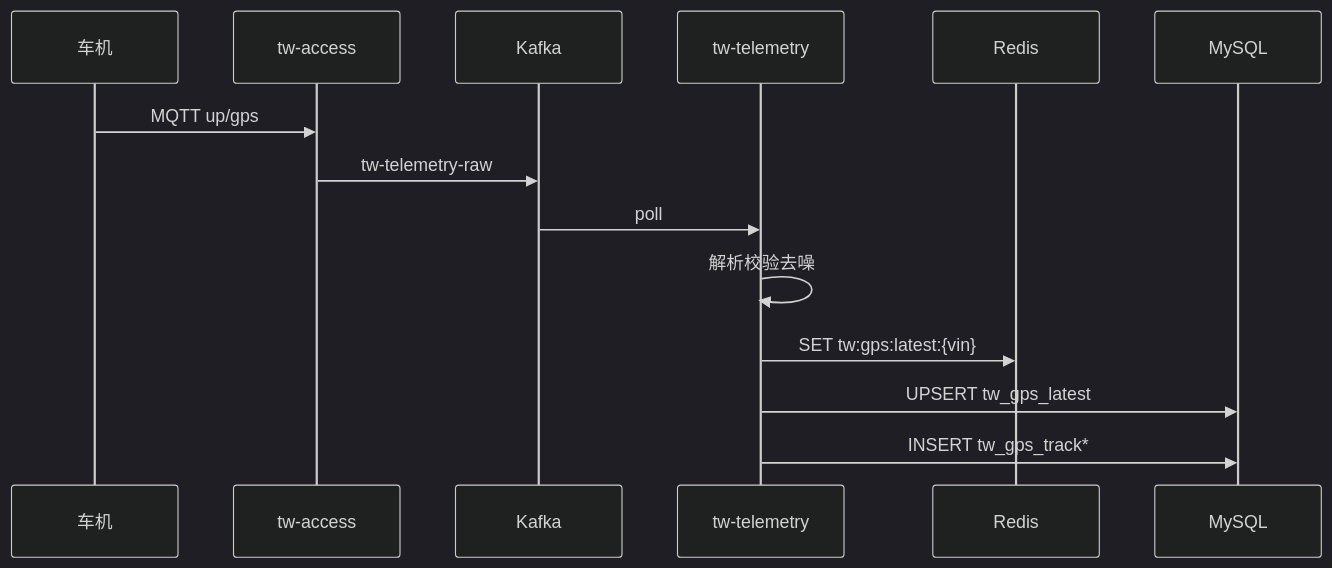
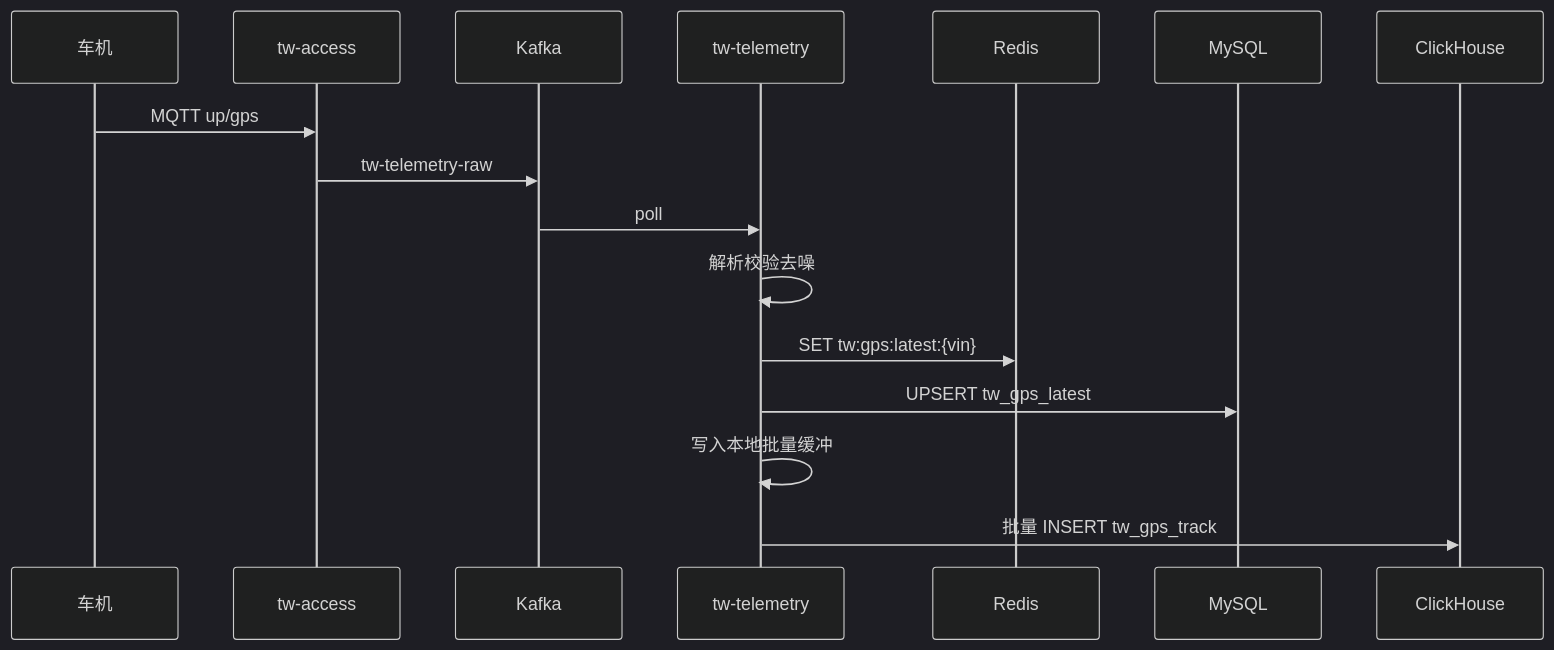
The second of 3 diagrams in docs/prepare/功能模块设计-遥测与轨迹.md (codeyunze/yz-mall), drawn with Mermaid (dark theme) before and after one commit. The commit also changed other lines of this file and 51 other files, not shown here.

````diff
--- a/docs/prepare/功能模块设计-遥测与轨迹.md
+++ b/docs/prepare/功能模块设计-遥测与轨迹.md
@@ -248,17 +284,19 @@
 ```mermaid
 sequenceDiagram
   participant Car as 车机
   participant Acc as tw-access
   participant K as Kafka
   participant T as tw-telemetry
   participant R as Redis
-  participant DB as MySQL
+  participant M as MySQL
+  participant CH as ClickHouse
 
   Car->>Acc: MQTT up/gps
   Acc->>K: tw-telemetry-raw
   K->>T: poll
   T->>T: 解析校验去噪
   T->>R: SET tw:gps:latest:{vin}
-  T->>DB: UPSERT tw_gps_latest
-  T->>DB: INSERT tw_gps_track*
+  T->>M: UPSERT tw_gps_latest
+  T->>T: 写入本地批量缓冲
+  T->>CH: 批量 INSERT tw_gps_track
 ```
````
